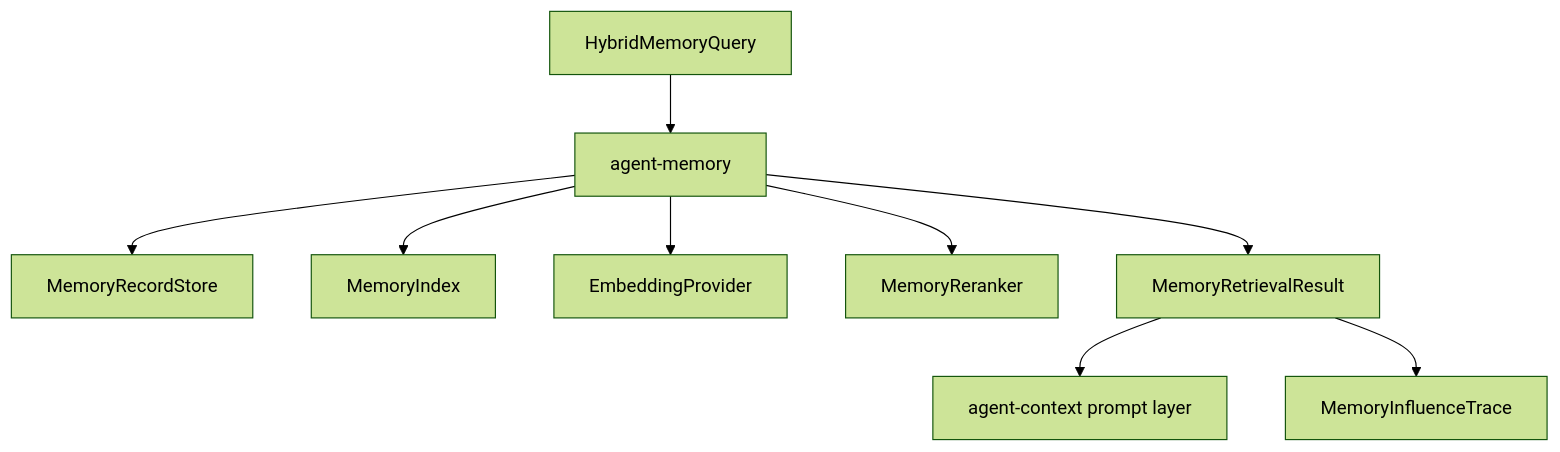
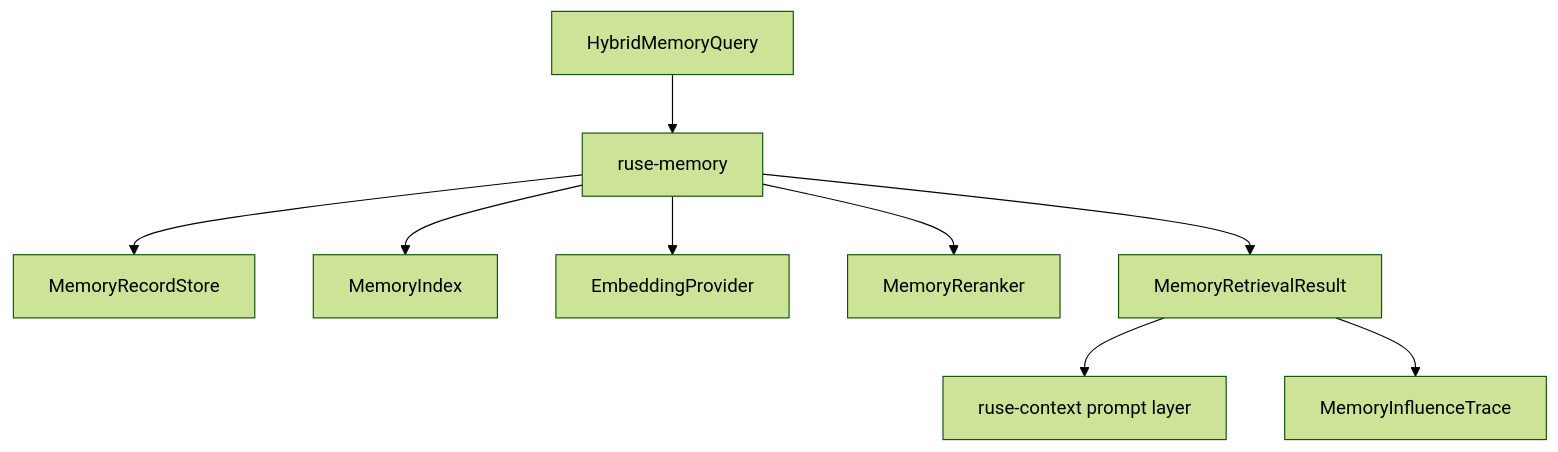
One commit to poneding/agent changed the diagram in docs/specs/M23-00-memory-retrieval-technical-design.spec.md. Above: the diagram before and after it, drawn with Mermaid (forest theme). The commit also changed other lines of this file and 2091 other files, not shown here.

First line of the commit message:
refactor: rename agent branding to ruse

````diff
--- a/docs/specs/M23-00-memory-retrieval-technical-design.spec.md
+++ b/docs/specs/M23-00-memory-retrieval-technical-design.spec.md
@@ -36,11 +36,11 @@
 ```mermaid
 flowchart TD
-  Query["HybridMemoryQuery"] --> Memory["agent-memory"]
+  Query["HybridMemoryQuery"] --> Memory["ruse-memory"]
   Memory --> Store["MemoryRecordStore"]
   Memory --> Index["MemoryIndex"]
   Memory --> Embed["EmbeddingProvider"]
   Memory --> Rerank["MemoryReranker"]
   Memory --> Result["MemoryRetrievalResult"]
-  Result --> Context["agent-context prompt layer"]
+  Result --> Context["ruse-context prompt layer"]
   Result --> Trace["MemoryInfluenceTrace"]
 ```
````
